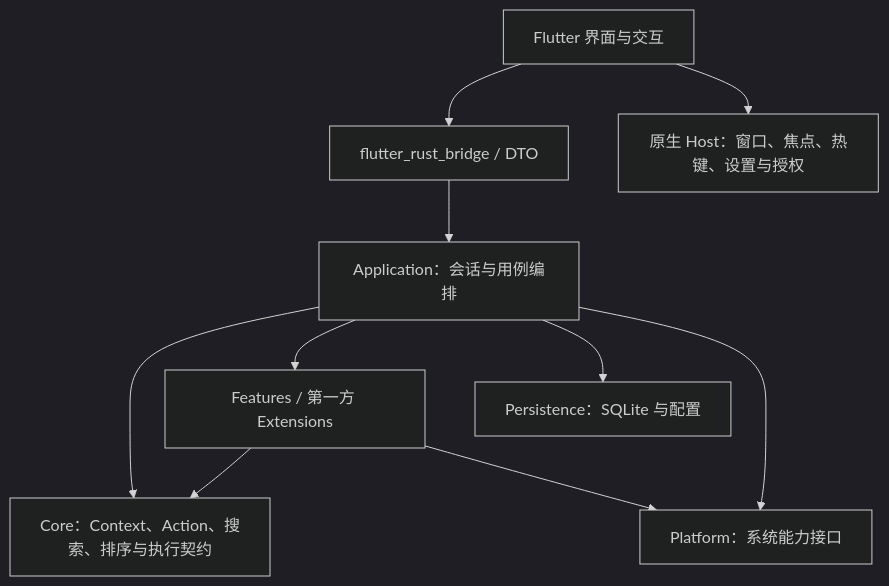
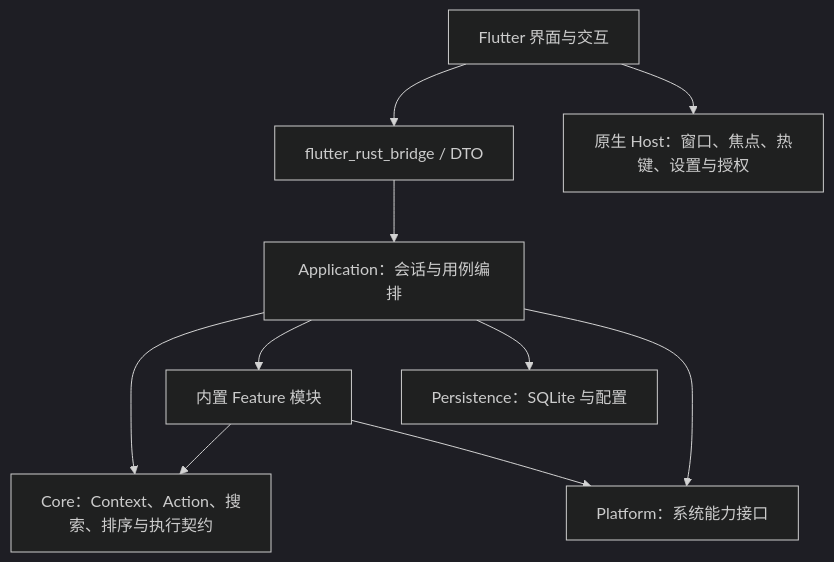
One commit to FantasyDream/Anywhere changed the diagram in README.md. Above: the diagram before and after it, drawn with Mermaid (dark theme). The commit also changed other lines of this file and 162 other files, not shown here.

````diff
--- a/README.md
+++ b/README.md
@@ -169,12 +173,12 @@
 ```mermaid
 flowchart TD
     UI[Flutter 界面与交互] --> FRB[flutter_rust_bridge / DTO]
     UI --> Host[原生 Host：窗口、焦点、热键、设置与授权]
     FRB --> App[Application：会话与用例编排]
     App --> Core[Core：Context、Action、搜索、排序与执行契约]
-    App --> Modules[Features / 第一方 Extensions]
+    App --> Modules[内置 Feature 模块]
     Modules --> Core
     App --> Storage[Persistence：SQLite 与配置]
     App --> Platform[Platform：系统能力接口]
     Modules --> Platform
 ```
````
